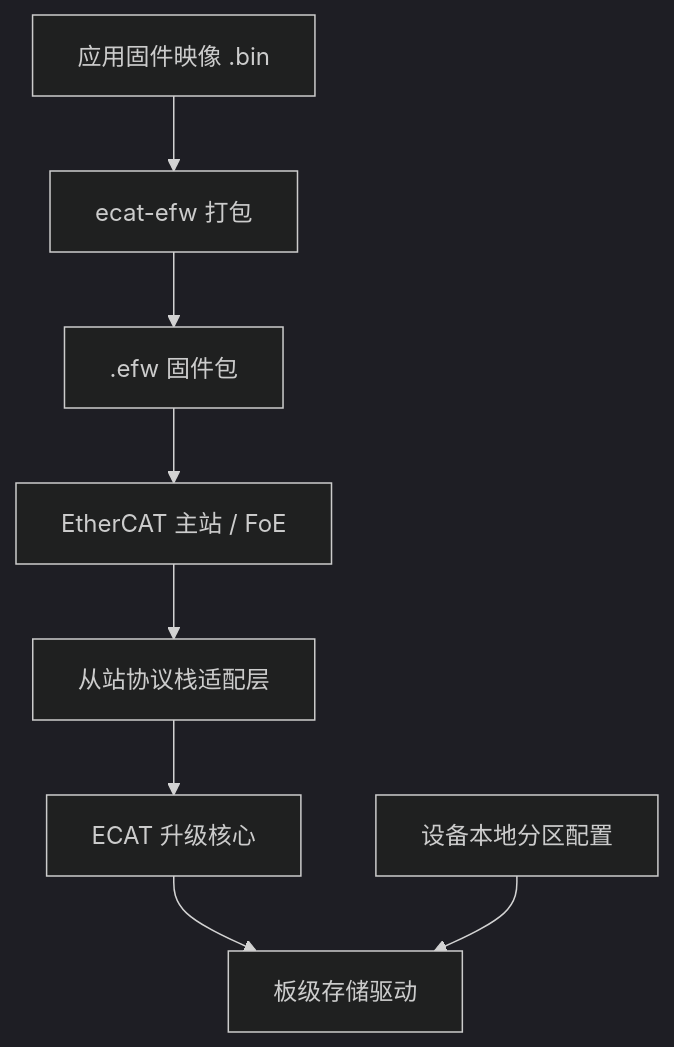
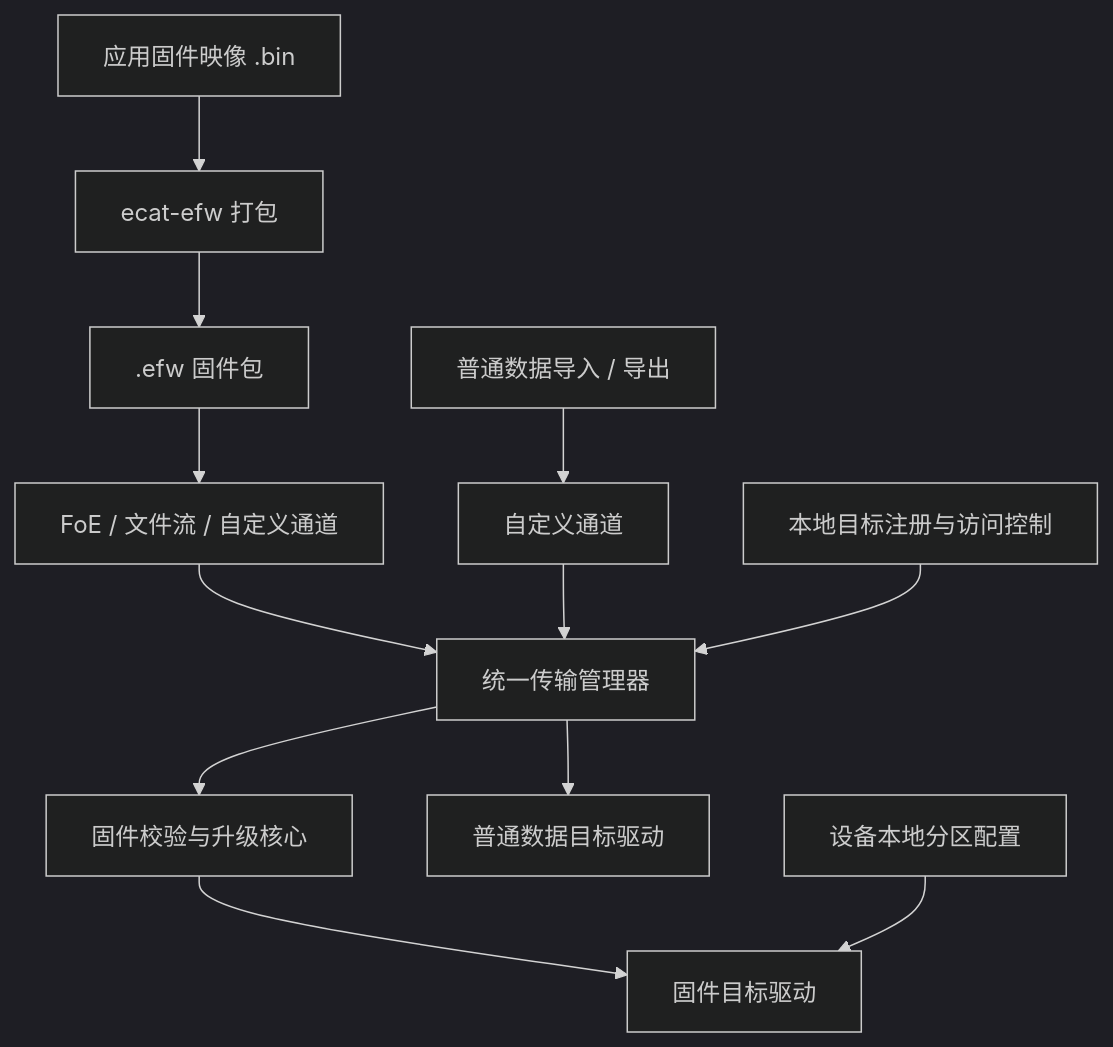
Before and after one commit to LckAndLove/embed-ldr: the diagram in README.md, drawn with Mermaid (dark theme). The commit also changed other lines of this file and 2 other files, not shown here.

Commit message:
docs: 更新统一传输架构说明 / document unified transfer architecture

````diff
--- a/README.md
+++ b/README.md
@@ -24,10 +24,14 @@
 ```mermaid
 flowchart TD
     BIN["应用固件映像 .bin"] --> CLI["ecat-efw 打包"]
     CLI --> EFW[".efw 固件包"]
-    EFW --> MASTER["EtherCAT 主站 / FoE"]
-    MASTER --> STACK["从站协议栈适配层"]
-    STACK --> CORE["ECAT 升级核心"]
-    CORE --> DRIVER["板级存储驱动"]
-    PARTITION["设备本地分区配置"] --> DRIVER
+    EFW --> FOE["FoE / 文件流 / 自定义通道"]
+    DATA["普通数据导入 / 导出"] --> CHANNEL["自定义通道"]
+    FOE --> MANAGER["统一传输管理器"]
+    CHANNEL --> MANAGER
+    REGISTRY["本地目标注册与访问控制"] --> MANAGER
+    MANAGER --> CORE["固件校验与升级核心"]
+    MANAGER --> DATA_DRIVER["普通数据目标驱动"]
+    CORE --> FW_DRIVER["固件目标驱动"]
+    PARTITION["设备本地分区配置"] --> FW_DRIVER
 ```
````
